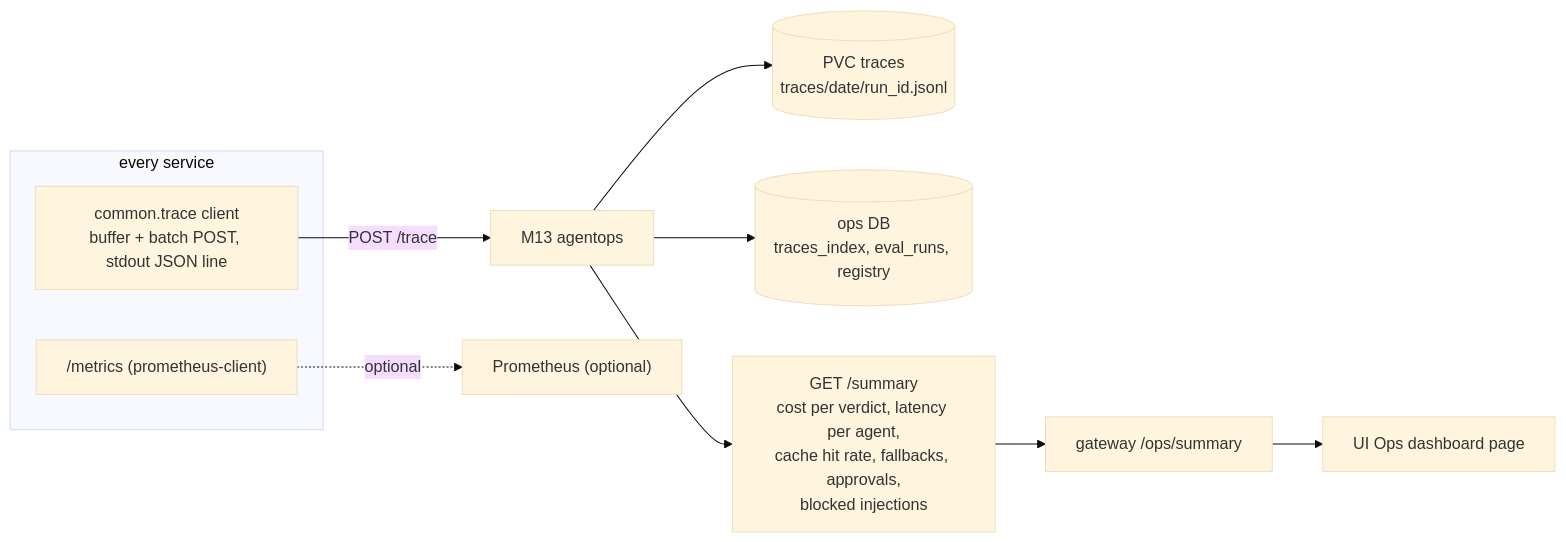
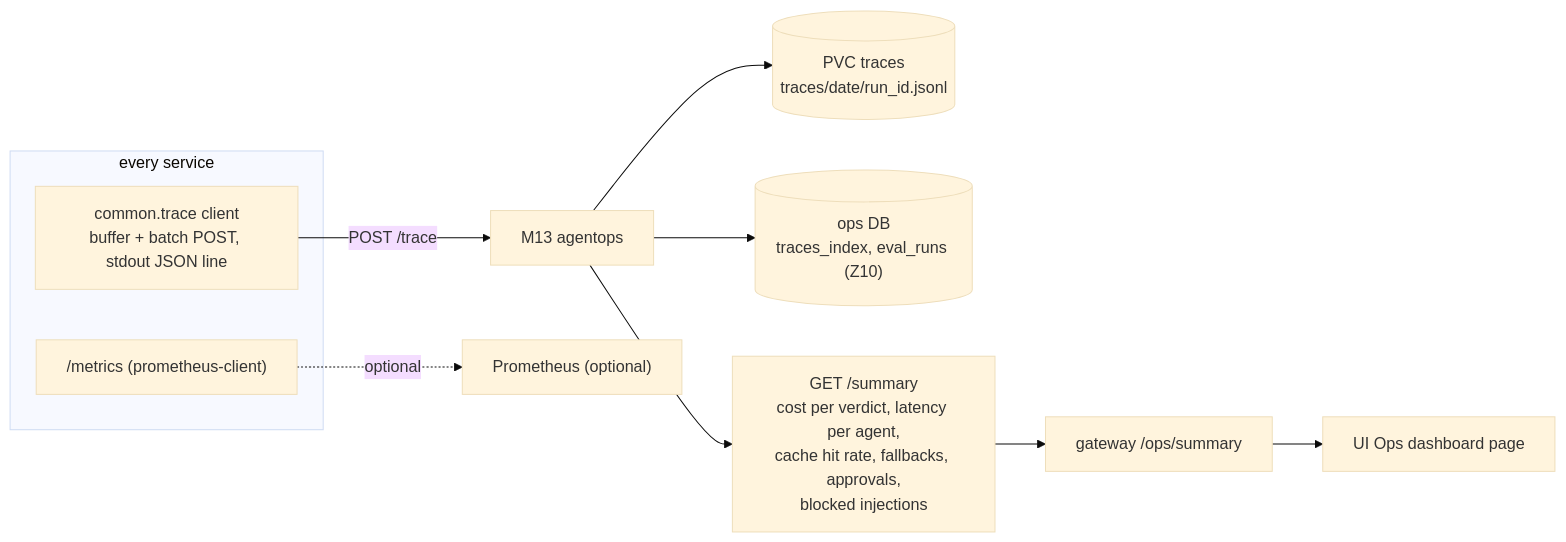
Diagram 18 of 22 in docs/architecture/architecture.md (Zain-Shykh/idea-validator), drawn with Mermaid (base theme) before and after one commit. The commit also changed other lines of this file and 8 other files, not shown here.

````diff
--- a/docs/architecture/architecture.md
+++ b/docs/architecture/architecture.md
@@ -1077,13 +1077,13 @@
 ```mermaid
 flowchart LR
     subgraph SVC["every service"]
         TC["common.trace client<br/>buffer + batch POST, stdout JSON line"]
         PM["/metrics (prometheus-client)"]
     end
     TC -->|POST /trace| AO["M13 agentops"]
     AO --> JL[("PVC traces<br/>traces/date/run_id.jsonl")]
-    AO --> IDX[("ops DB<br/>traces_index, eval_runs, registry")]
+    AO --> IDX[("ops DB<br/>traces_index, eval_runs (Z10)")]
     AO --> SUM["GET /summary<br/>cost per verdict, latency per agent,<br/>cache hit rate, fallbacks, approvals,<br/>blocked injections"]
     SUM --> GW["gateway /ops/summary"] --> DASH["UI Ops dashboard page"]
     PM -.->|optional| PROM["Prometheus (optional)"]
 ```
````
